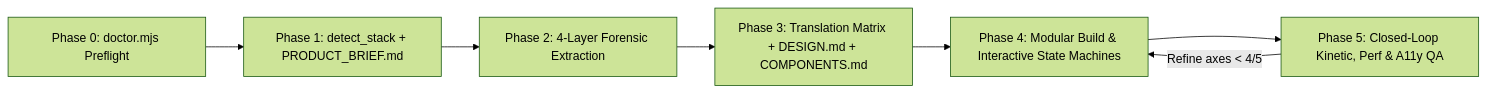
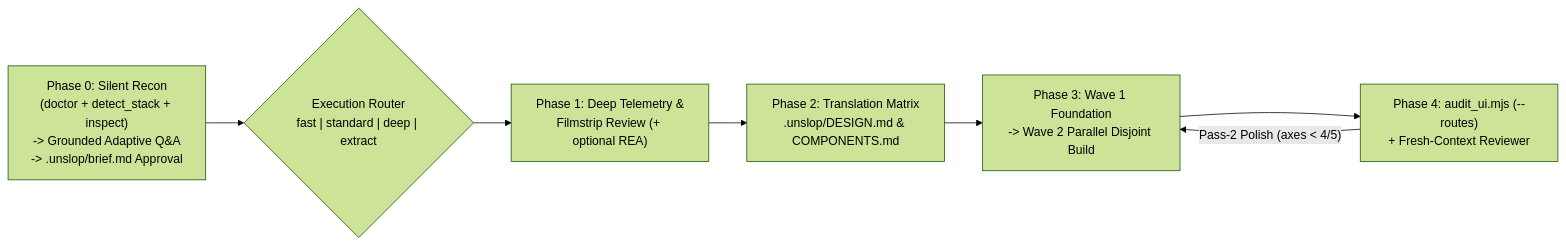
One commit to Aaryan1524/UnslopAI changed the diagram in README.md. Above: the diagram before and after it, drawn with Mermaid (forest theme). The commit also changed other lines of this file and 8 other files, not shown here.

````diff
--- a/README.md
+++ b/README.md
@@ -92,9 +104,9 @@
 ```mermaid
 flowchart LR
-    P0["Phase 0: doctor.mjs Preflight"] --> P1["Phase 1: detect_stack + PRODUCT_BRIEF.md"]
-    P1 --> P2["Phase 2: 4-Layer Forensic Extraction"]
-    P2 --> P3["Phase 3: Translation Matrix + DESIGN.md + COMPONENTS.md"]
-    P3 --> P4["Phase 4: Modular Build & Interactive State Machines"]
-    P4 --> P5["Phase 5: Closed-Loop Kinetic, Perf & A11y QA"]
-    P5 -->|"Refine axes < 4/5"| P4
+    P0["Phase 0: Silent Recon\n(doctor + detect_stack + inspect)\n-> Grounded Adaptive Q&A\n-> .unslop/brief.md Approval"] --> R{"Execution Router\nfast | standard | deep | extract"}
+    R --> P1["Phase 1: Deep Telemetry &\nFilmstrip Review (+ optional REA)"]
+    P1 --> P2["Phase 2: Translation Matrix\n.unslop/DESIGN.md & COMPONENTS.md"]
+    P2 --> P3["Phase 3: Wave 1 Foundation\n-> Wave 2 Parallel Disjoint Build"]
+    P3 --> P4["Phase 4: audit_ui.mjs (--routes)\n+ Fresh-Context Reviewer"]
+    P4 -->|"Pass-2 Polish (axes < 4/5)"| P3
 ```
````
